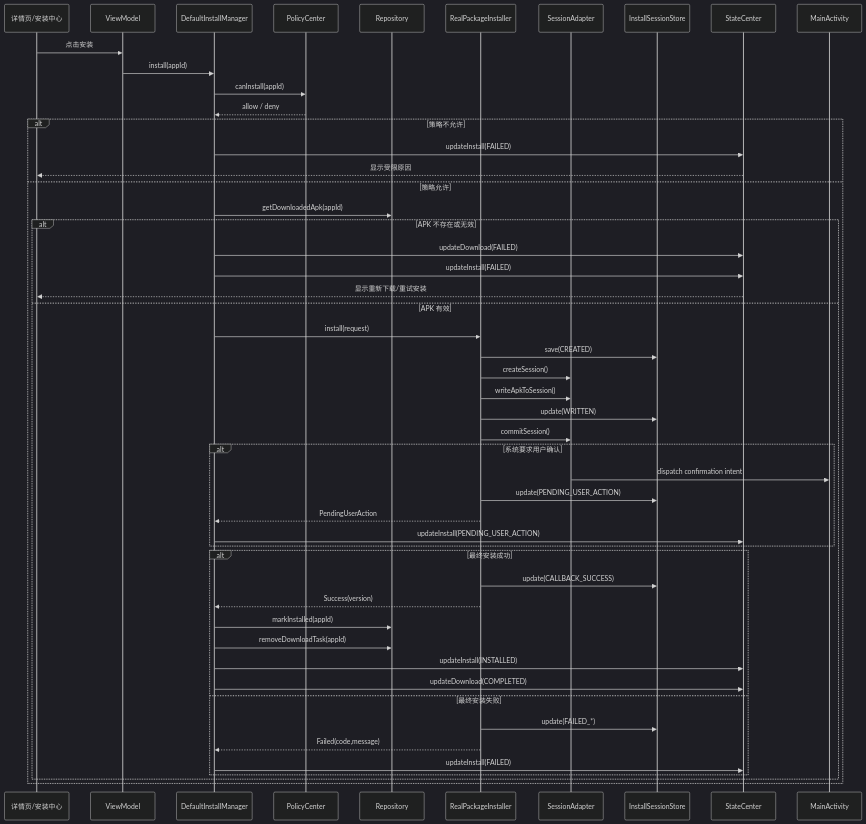
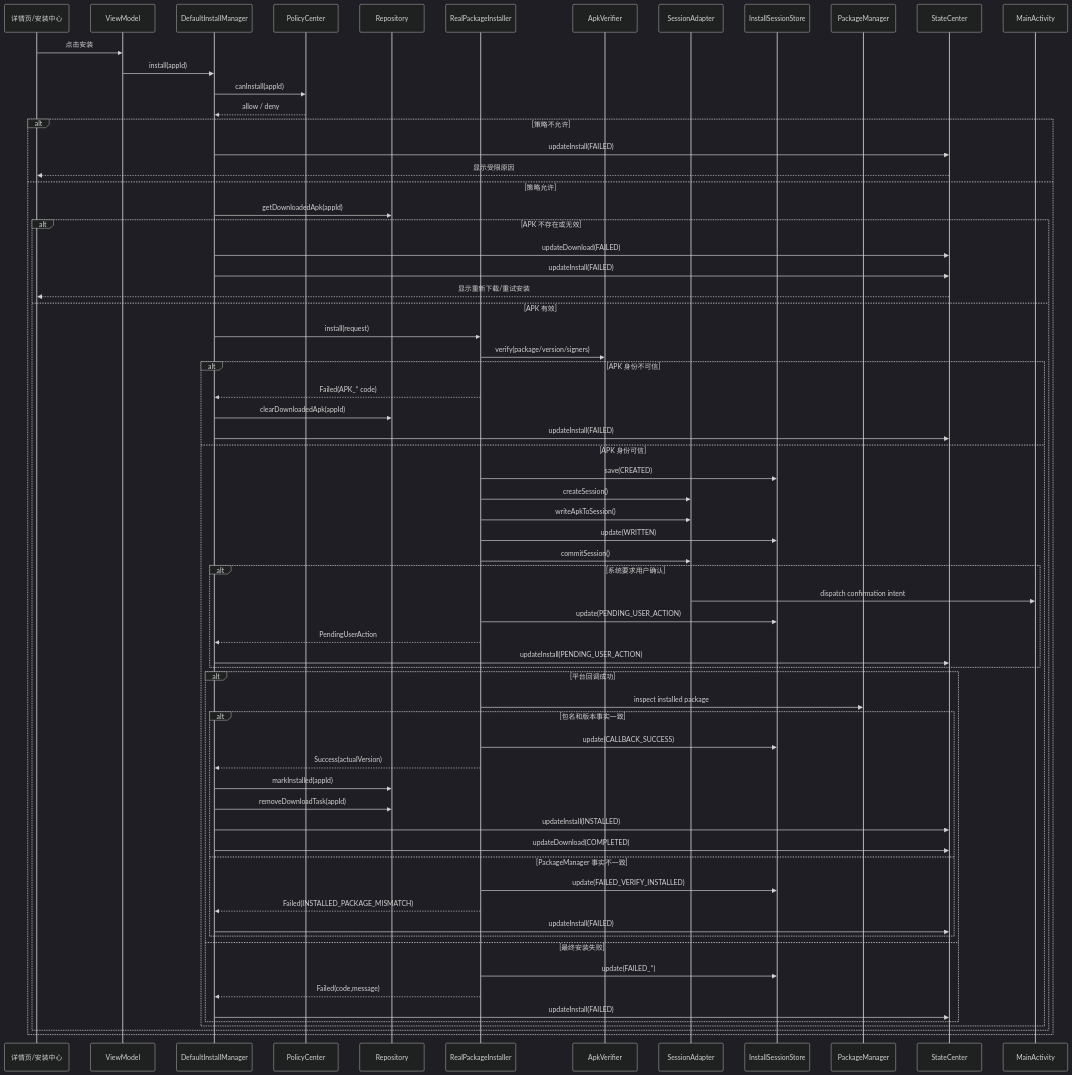
Before and after one commit to XZQ/CarAppStore: the third of 5 diagrams in docs/10-安装模块架构与流程.md, drawn with Mermaid (dark theme). The commit also changed other lines of this file and 18 other files, not shown here.

````diff
--- a/docs/10-安装模块架构与流程.md
+++ b/docs/10-安装模块架构与流程.md
@@ -109,59 +114,76 @@
 ```mermaid
 sequenceDiagram
 participant UI as 详情页/安装中心
 participant VM as ViewModel
 participant IM as DefaultInstallManager
 participant PC as PolicyCenter
 participant REPO as Repository
 participant PI as RealPackageInstaller
+participant AV as ApkVerifier
 participant SA as SessionAdapter
 participant SS as InstallSessionStore
+participant PM as PackageManager
 participant SC as StateCenter
 participant ACT as MainActivity
 
 UI->>VM: 点击安装
 VM->>IM: install(appId)
 
 IM->>PC: canInstall(appId)
 PC-->>IM: allow / deny
 
 alt 策略不允许
     IM->>SC: updateInstall(FAILED)
     SC-->>UI: 显示受限原因
 else 策略允许
     IM->>REPO: getDownloadedApk(appId)
 
     alt APK 不存在或无效
         IM->>SC: updateDownload(FAILED)
         IM->>SC: updateInstall(FAILED)
         SC-->>UI: 显示重新下载/重试安装
     else APK 有效
         IM->>PI: install(request)
-        PI->>SS: save(CREATED)
-        PI->>SA: createSession()
-        PI->>SA: writeApkToSession()
-        PI->>SS: update(WRITTEN)
-        PI->>SA: commitSession()
+        PI->>AV: verify(package/version/signers)
 
-        alt 系统要求用户确认
-            SA->>ACT: dispatch confirmation intent
-            PI->>SS: update(PENDING_USER_ACTION)
-            PI-->>IM: PendingUserAction
-            IM->>SC: updateInstall(PENDING_USER_ACTION)
-        end
+        alt APK 身份不可信
+            PI-->>IM: Failed(APK_* code)
+            IM->>REPO: clearDownloadedApk(appId)
+            IM->>SC: updateInstall(FAILED)
+        else APK 身份可信
+            PI->>SS: save(CREATED)
+            PI->>SA: createSession()
+            PI->>SA: writeApkToSession()
+            PI->>SS: update(WRITTEN)
+            PI->>SA: commitSession()
 
-        alt 最终安装成功
-            PI->>SS: update(CALLBACK_SUCCESS)
-            PI-->>IM: Success(version)
-            IM->>REPO: markInstalled(appId)
-            IM->>REPO: removeDownloadTask(appId)
-            IM->>SC: updateInstall(INSTALLED)
-            IM->>SC: updateDownload(COMPLETED)
-        else 最终安装失败
-            PI->>SS: update(FAILED_*)
-            PI-->>IM: Failed(code,message)
-            IM->>SC: updateInstall(FAILED)
+            alt 系统要求用户确认
+                SA->>ACT: dispatch confirmation intent
+                PI->>SS: update(PENDING_USER_ACTION)
+                PI-->>IM: PendingUserAction
+                IM->>SC: updateInstall(PENDING_USER_ACTION)
+            end
+
+            alt 平台回调成功
+                PI->>PM: inspect installed package
+                alt 包名和版本事实一致
+                    PI->>SS: update(CALLBACK_SUCCESS)
+                    PI-->>IM: Success(actualVersion)
+                    IM->>REPO: markInstalled(appId)
+                    IM->>REPO: removeDownloadTask(appId)
+                    IM->>SC: updateInstall(INSTALLED)
+                    IM->>SC: updateDownload(COMPLETED)
+                else PackageManager 事实不一致
+                    PI->>SS: update(FAILED_VERIFY_INSTALLED)
+                    PI-->>IM: Failed(INSTALLED_PACKAGE_MISMATCH)
+                    IM->>SC: updateInstall(FAILED)
+                end
+            else 最终安装失败
+                PI->>SS: update(FAILED_*)
+                PI-->>IM: Failed(code,message)
+                IM->>SC: updateInstall(FAILED)
+            end
         end
     end
 end
 ```
````
